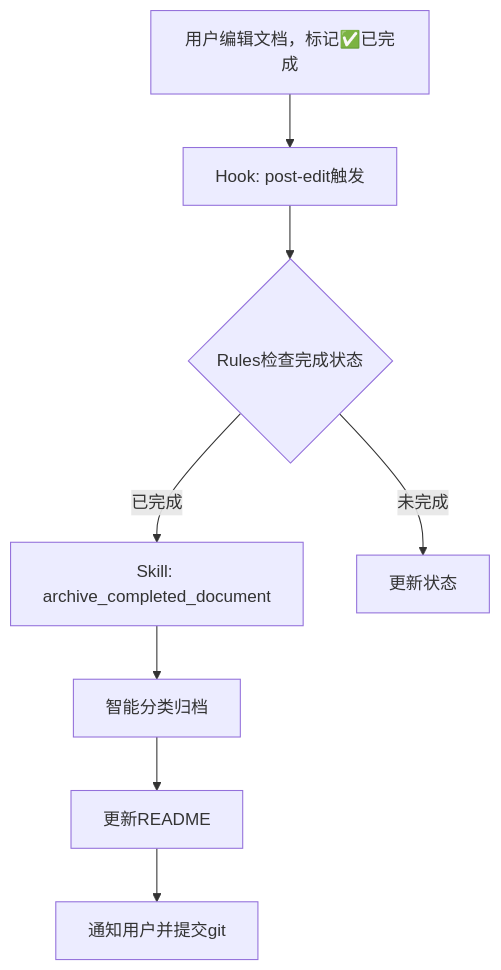
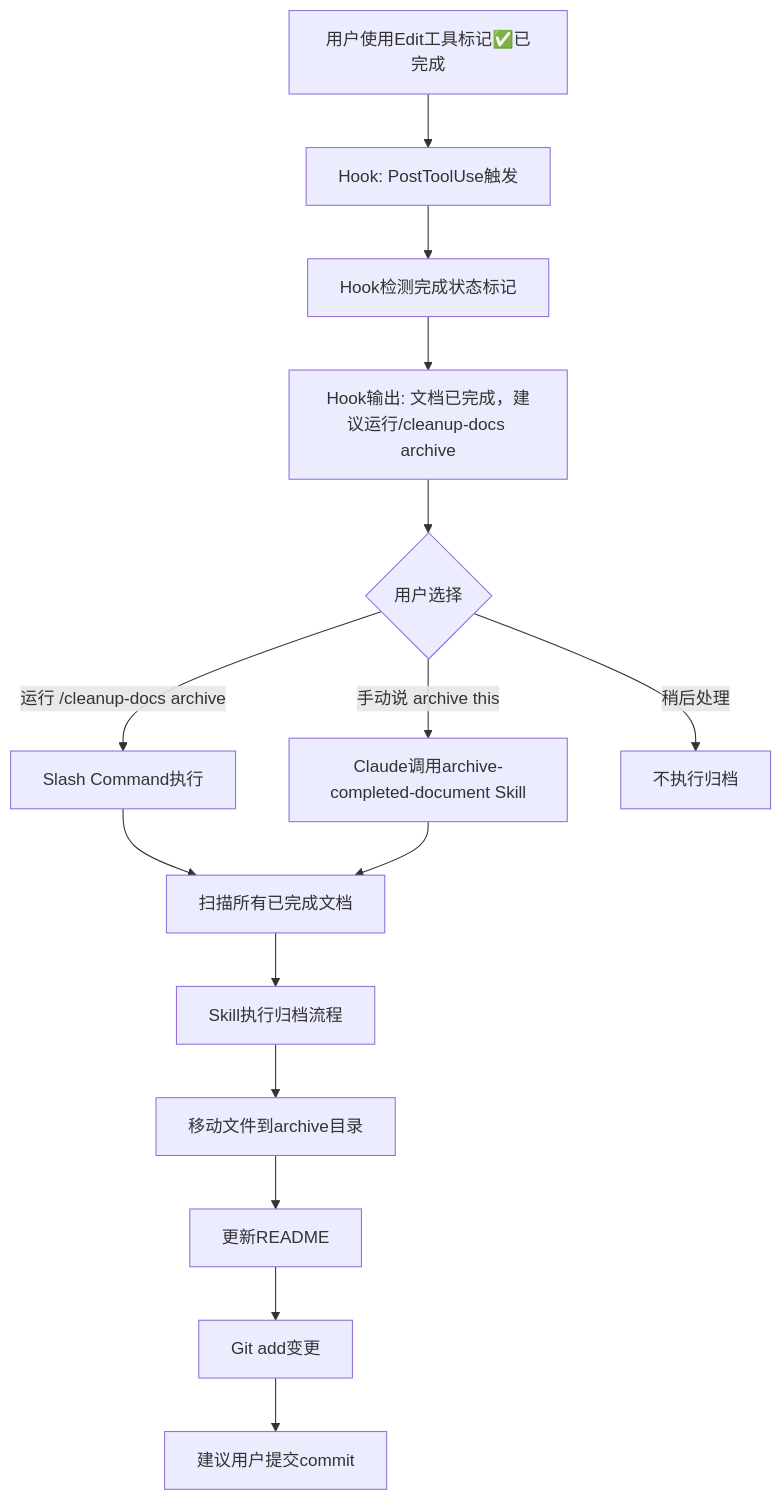
One commit to wmenjoy/bjtest changed the second of 3 diagrams in docs/claude-code-cleanup-rules.md. Above: the diagram before and after it, drawn with Mermaid. The commit also changed other lines of this file and 1 other file, not shown here.

````diff
--- a/docs/claude-code-cleanup-rules.md
+++ b/docs/claude-code-cleanup-rules.md
@@ -386,10 +384,17 @@
 ```mermaid
 graph TD
-    A[用户编辑文档，标记✅已完成] --> B[Hook: post-edit触发]
-    B --> C{Rules检查完成状态}
-    C -->|已完成| D[Skill: archive_completed_document]
-    C -->|未完成| E[更新状态]
-    D --> F[智能分类归档]
-    F --> G[更新README]
-    G --> H[通知用户并提交git]
+    A[用户使用Edit工具标记✅已完成] --> B[Hook: PostToolUse触发]
+    B --> C[Hook检测完成状态标记]
+    C --> D[Hook输出: 文档已完成，建议运行/cleanup-docs archive]
+    D --> E{用户选择}
+    E -->|运行 /cleanup-docs archive| F[Slash Command执行]
+    E -->|手动说 archive this| G[Claude调用archive-completed-document Skill]
+    E -->|稍后处理| H[不执行归档]
+    F --> I[扫描所有已完成文档]
+    G --> I
+    I --> J[Skill执行归档流程]
+    J --> K[移动文件到archive目录]
+    K --> L[更新README]
+    L --> M[Git add变更]
+    M --> N[建议用户提交commit]
 ```
````
